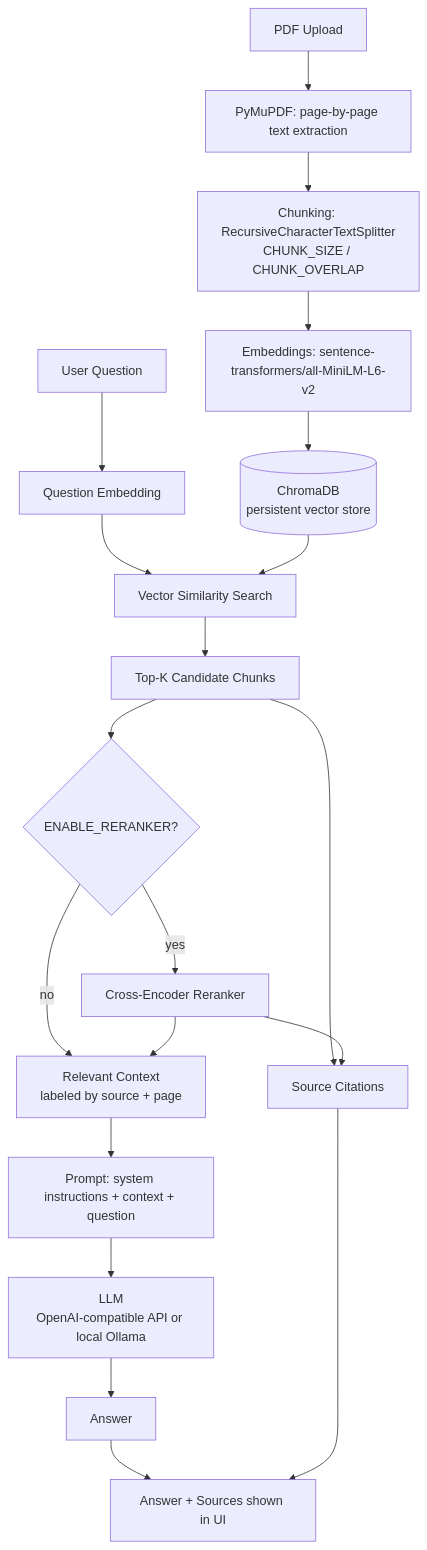
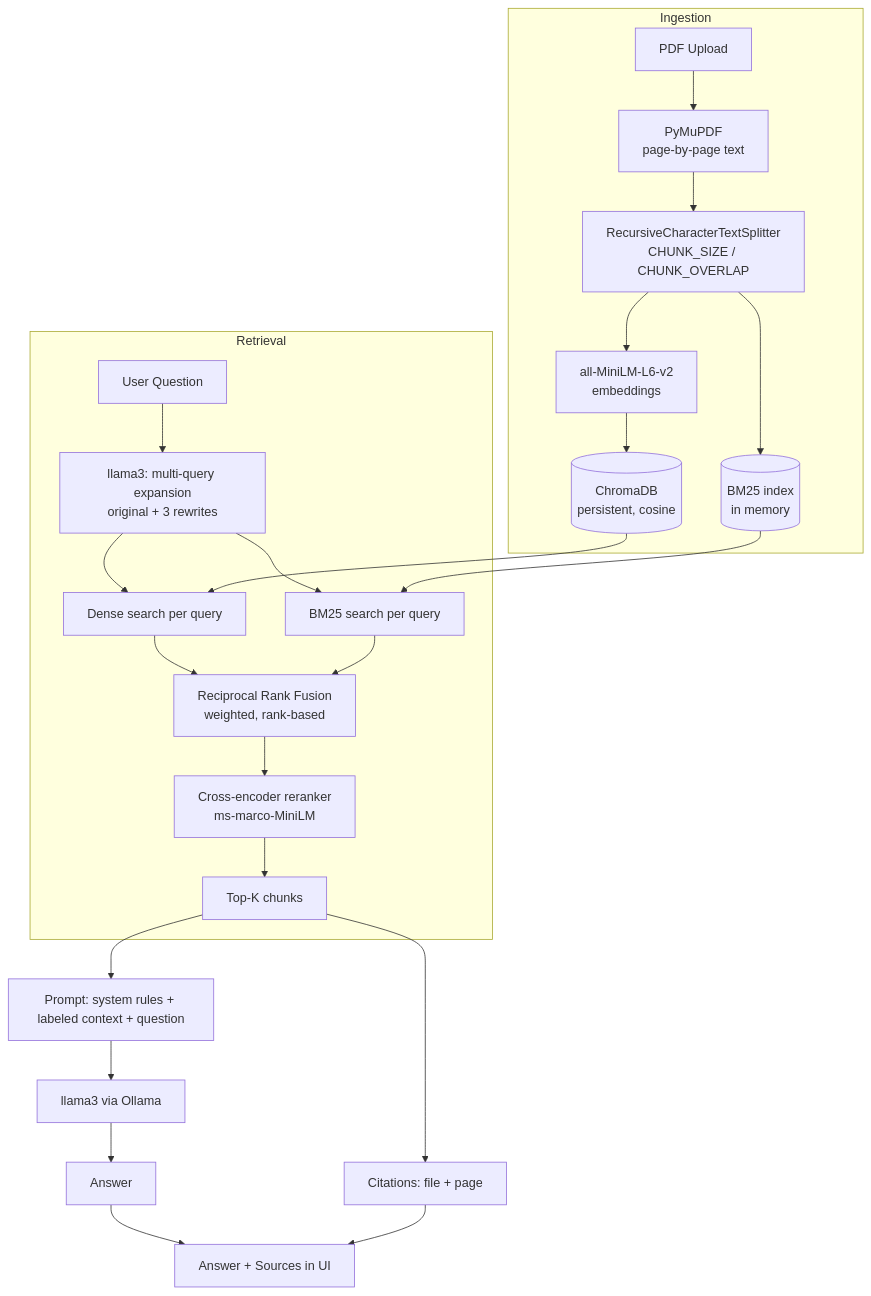
The diagram in README.md (shivampanwar26/notes-rag), drawn with Mermaid before and after one commit. The commit also changed other lines of this file and 24 other files, not shown here.

First line of the commit message:
Consolidate backend into 6 files and add multi-query hybrid retrieval

````diff
--- a/README.md
+++ b/README.md
@@ -38,23 +41,29 @@
 ```mermaid
 flowchart TD
-    A[PDF Upload] --> B[PyMuPDF: page-by-page text extraction]
-    B --> C[Chunking: RecursiveCharacterTextSplitter<br/>CHUNK_SIZE / CHUNK_OVERLAP]
-    C --> D[Embeddings: sentence-transformers/all-MiniLM-L6-v2]
-    D --> E[(ChromaDB<br/>persistent vector store)]
+    subgraph Ingestion
+        A[PDF Upload] --> B[PyMuPDF<br/>page-by-page text]
+        B --> C[RecursiveCharacterTextSplitter<br/>CHUNK_SIZE / CHUNK_OVERLAP]
+        C --> D[all-MiniLM-L6-v2<br/>embeddings]
+        D --> E[(ChromaDB<br/>persistent, cosine)]
+        C --> F[(BM25 index<br/>in memory)]
+    end
 
-    Q[User Question] --> QE[Question Embedding]
-    QE --> S[Vector Similarity Search]
-    E --> S
-    S --> TK[Top-K Candidate Chunks]
-    TK --> RT{ENABLE_RERANKER?}
-    RT -- yes --> RR[Cross-Encoder Reranker]
-    RT -- no --> CTX
-    RR --> CTX[Relevant Context<br/>labeled by source + page]
-    CTX --> P[Prompt: system instructions + context + question]
-    P --> LLM[LLM<br/>OpenAI-compatible API or local Ollama]
+    subgraph Retrieval
+        Q[User Question] --> MQ[llama3: multi-query expansion<br/>original + 3 rewrites]
+        MQ --> VS[Dense search per query]
+        MQ --> KS[BM25 search per query]
+        E --> VS
+        F --> KS
+        VS --> RRF[Reciprocal Rank Fusion<br/>weighted, rank-based]
+        KS --> RRF
+        RRF --> RR[Cross-encoder reranker<br/>ms-marco-MiniLM]
+        RR --> TK[Top-K chunks]
+    end
+
+    TK --> P[Prompt: system rules + labeled context + question]
+    P --> LLM[llama3 via Ollama]
     LLM --> ANS[Answer]
-    TK --> SRC[Source Citations]
-    RR --> SRC
-    ANS --> OUT[Answer + Sources shown in UI]
+    TK --> SRC[Citations: file + page]
+    ANS --> OUT[Answer + Sources in UI]
     SRC --> OUT
 ```
````
